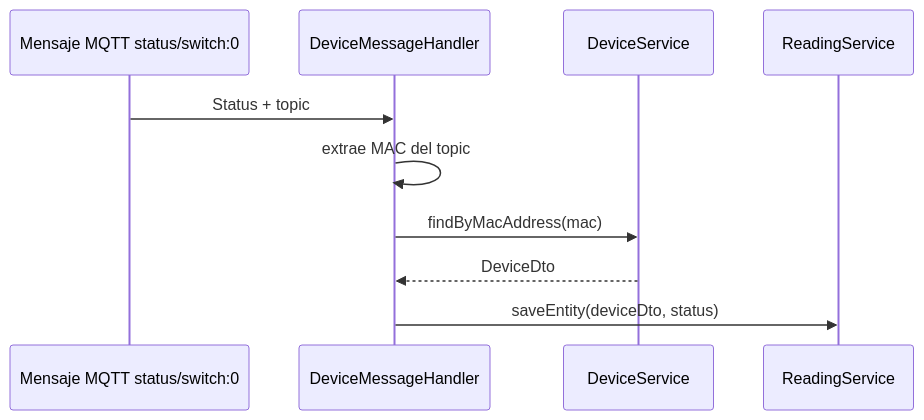
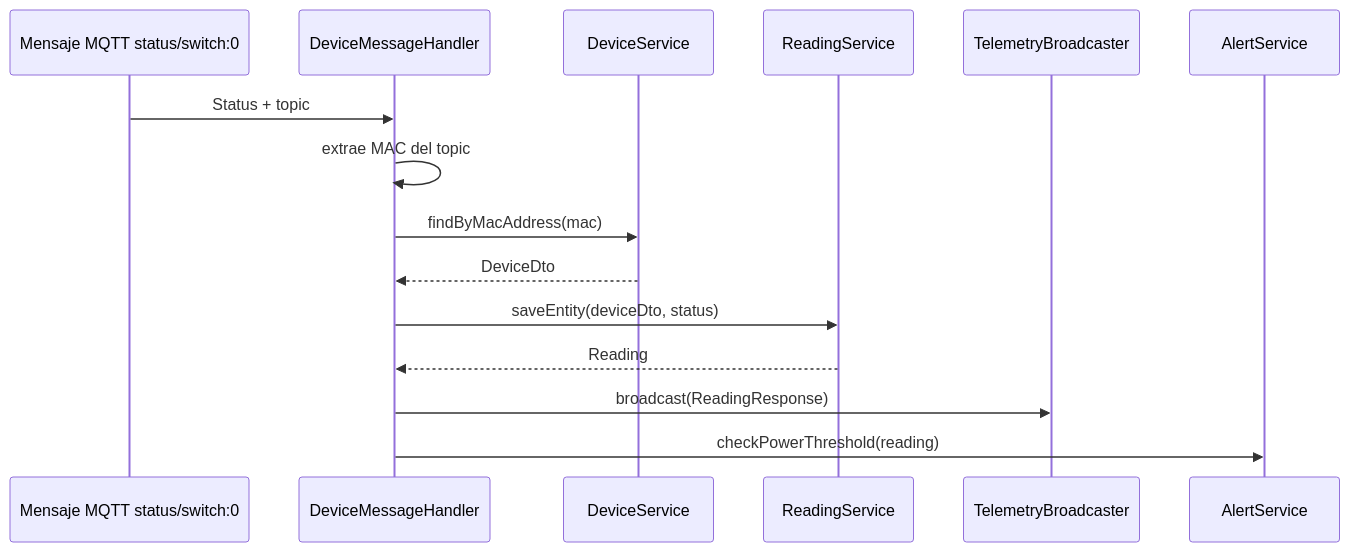
One commit to joellmar/wattpath-app changed the third of 4 diagrams in docs/memoria/anexo-c-telemetria-mqtt.md. Above: the diagram before and after it, drawn with Mermaid. The commit also changed 1 other file, not shown here.

Commit message:
docs: refine memoria review feedback

````diff
--- a/docs/memoria/anexo-c-telemetria-mqtt.md
+++ b/docs/memoria/anexo-c-telemetria-mqtt.md
@@ -124,13 +124,18 @@
 ```mermaid
 sequenceDiagram
   participant MQTT as Mensaje MQTT status/switch:0
   participant H as DeviceMessageHandler
   participant D as DeviceService
   participant R as ReadingService
+  participant W as TelemetryBroadcaster
+  participant A as AlertService
 
   MQTT->>H: Status + topic
   H->>H: extrae MAC del topic
   H->>D: findByMacAddress(mac)
   D-->>H: DeviceDto
   H->>R: saveEntity(deviceDto, status)
+  R-->>H: Reading
+  H->>W: broadcast(ReadingResponse)
+  H->>A: checkPowerThreshold(reading)
 ```
````
